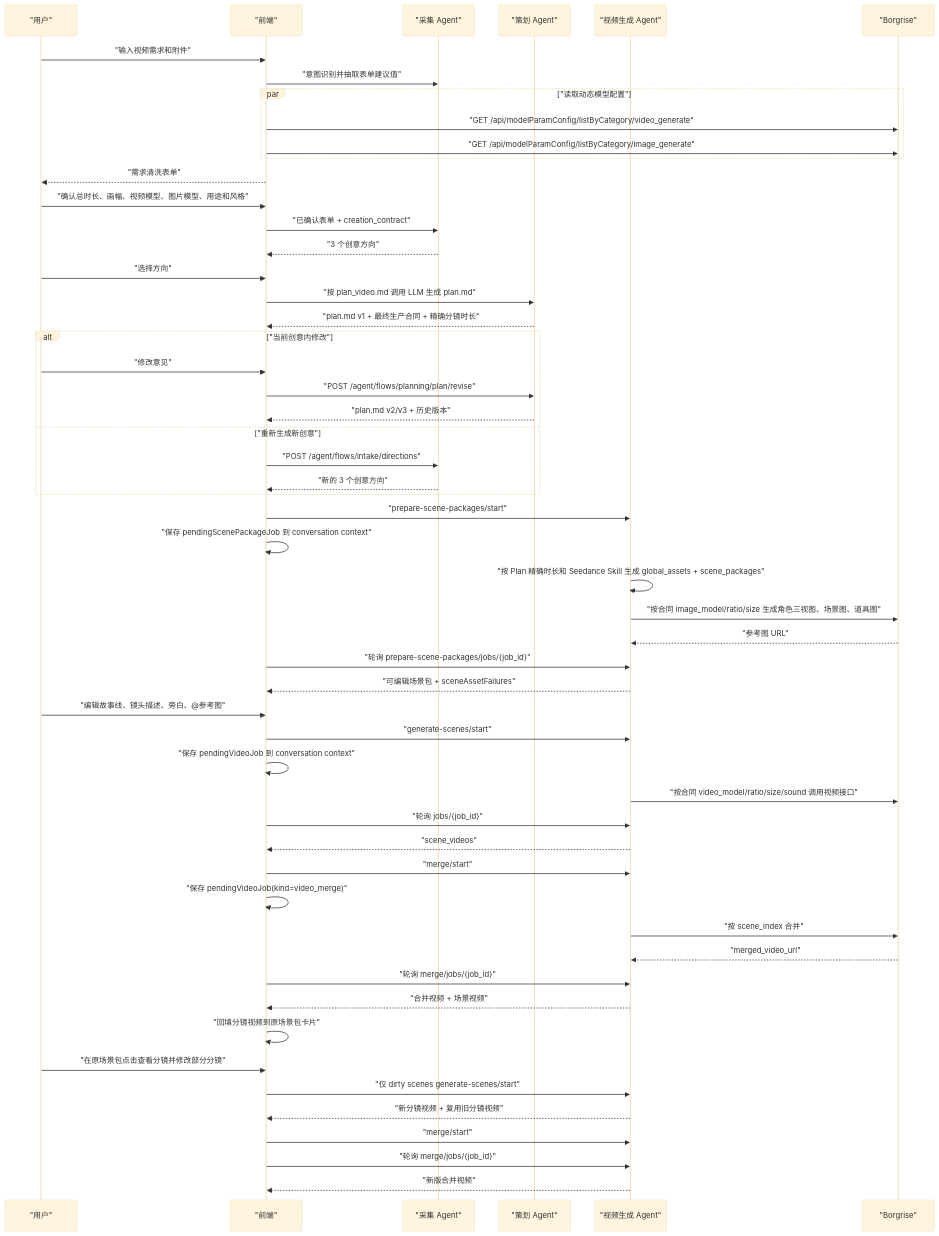
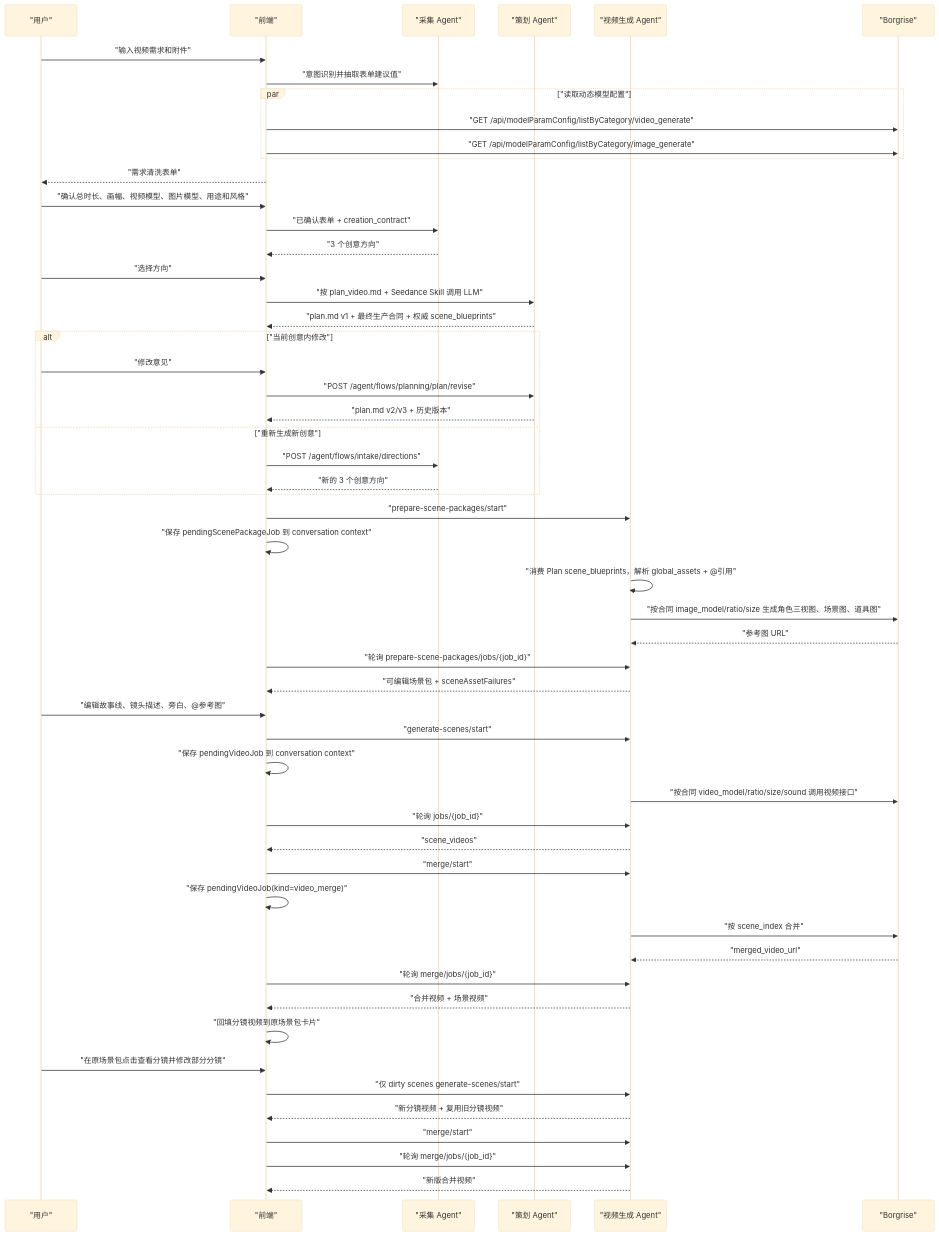
The sixth of 7 diagrams in docs/pixelflow-agent-skill-flow-latest-design.md (joyslxd/pixelflow), drawn with Mermaid (base theme) before and after one commit. The commit also changed other lines of this file and 23 other files, not shown here.

````diff
--- a/docs/pixelflow-agent-skill-flow-latest-design.md
+++ b/docs/pixelflow-agent-skill-flow-latest-design.md
@@ -523,56 +524,56 @@
 ```mermaid
 sequenceDiagram
   participant U as "用户"
   participant FE as "前端"
   participant IA as "采集 Agent"
   participant PA as "策划 Agent"
   participant VA as "视频生成 Agent"
   participant BG as "Borgrise"
   U->>FE: "输入视频需求和附件"
   FE->>IA: "意图识别并抽取表单建议值"
   par "读取动态模型配置"
     FE->>BG: "GET /api/modelParamConfig/listByCategory/video_generate"
     FE->>BG: "GET /api/modelParamConfig/listByCategory/image_generate"
   end
   FE-->>U: "需求清洗表单"
   U->>FE: "确认总时长、画幅、视频模型、图片模型、用途和风格"
   FE->>IA: "已确认表单 + creation_contract"
   IA-->>FE: "3 个创意方向"
   U->>FE: "选择方向"
-  FE->>PA: "按 plan_video.md 调用 LLM 生成 plan.md"
-  PA-->>FE: "plan.md v1 + 最终生产合同 + 精确分镜时长"
+  FE->>PA: "按 plan_video.md + Seedance Skill 调用 LLM"
+  PA-->>FE: "plan.md v1 + 最终生产合同 + 权威 scene_blueprints"
   alt "当前创意内修改"
     U->>FE: "修改意见"
     FE->>PA: "POST /agent/flows/planning/plan/revise"
     PA-->>FE: "plan.md v2/v3 + 历史版本"
   else "重新生成新创意"
     FE->>IA: "POST /agent/flows/intake/directions"
     IA-->>FE: "新的 3 个创意方向"
   end
   FE->>VA: "prepare-scene-packages/start"
   FE->>FE: "保存 pendingScenePackageJob 到 conversation context"
-  VA->>VA: "按 Plan 精确时长和 Seedance Skill 生成 global_assets + scene_packages"
+  VA->>VA: "消费 Plan scene_blueprints，解析 global_assets + @引用"
   VA->>BG: "按合同 image_model/ratio/size 生成角色三视图、场景图、道具图"
   BG-->>VA: "参考图 URL"
   FE->>VA: "轮询 prepare-scene-packages/jobs/{job_id}"
   VA-->>FE: "可编辑场景包 + sceneAssetFailures"
   U->>FE: "编辑故事线、镜头描述、旁白、@参考图"
   FE->>VA: "generate-scenes/start"
   FE->>FE: "保存 pendingVideoJob 到 conversation context"
   VA->>BG: "按合同 video_model/ratio/size/sound 调用视频接口"
   FE->>VA: "轮询 jobs/{job_id}"
   VA-->>FE: "scene_videos"
   FE->>VA: "merge/start"
   FE->>FE: "保存 pendingVideoJob(kind=video_merge)"
   VA->>BG: "按 scene_index 合并"
   BG-->>VA: "merged_video_url"
   FE->>VA: "轮询 merge/jobs/{job_id}"
   VA-->>FE: "合并视频 + 场景视频"
   FE->>FE: "回填分镜视频到原场景包卡片"
   U->>FE: "在原场景包点击查看分镜并修改部分分镜"
   FE->>VA: "仅 dirty scenes generate-scenes/start"
   VA-->>FE: "新分镜视频 + 复用旧分镜视频"
   FE->>VA: "merge/start"
   FE->>VA: "轮询 merge/jobs/{job_id}"
   VA-->>FE: "新版合并视频"
 ```
````
